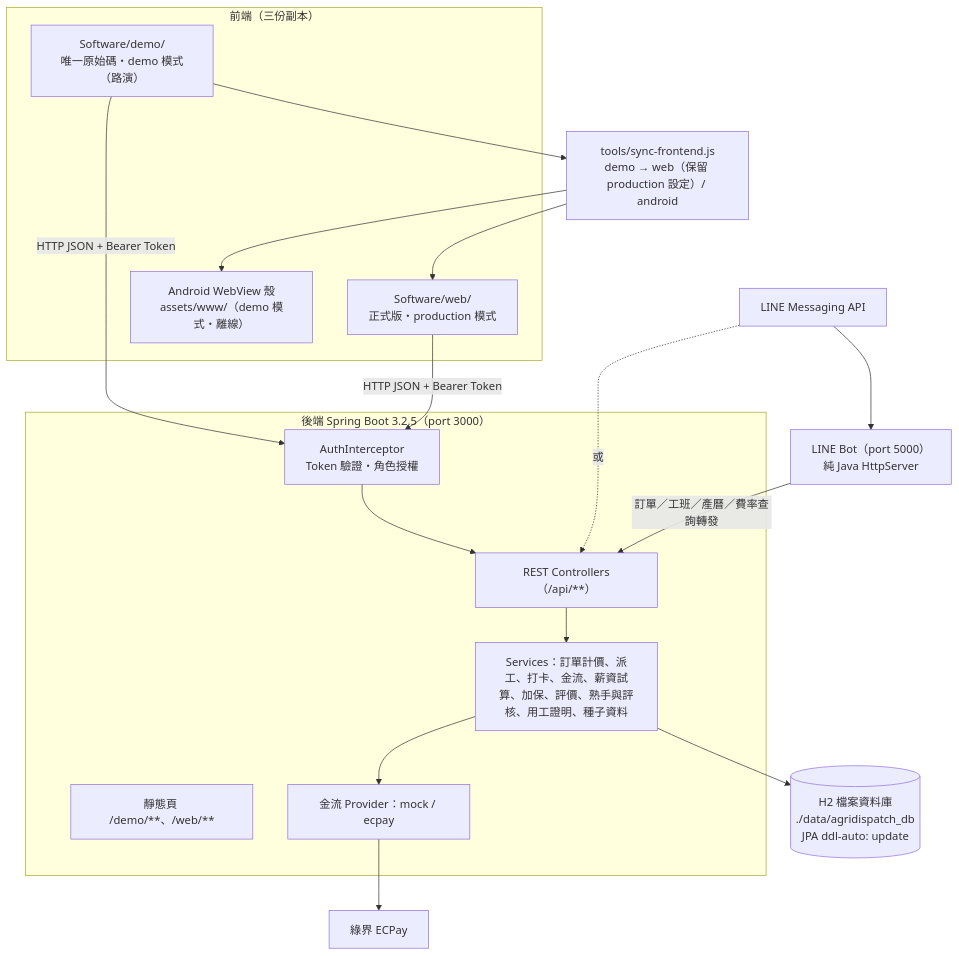
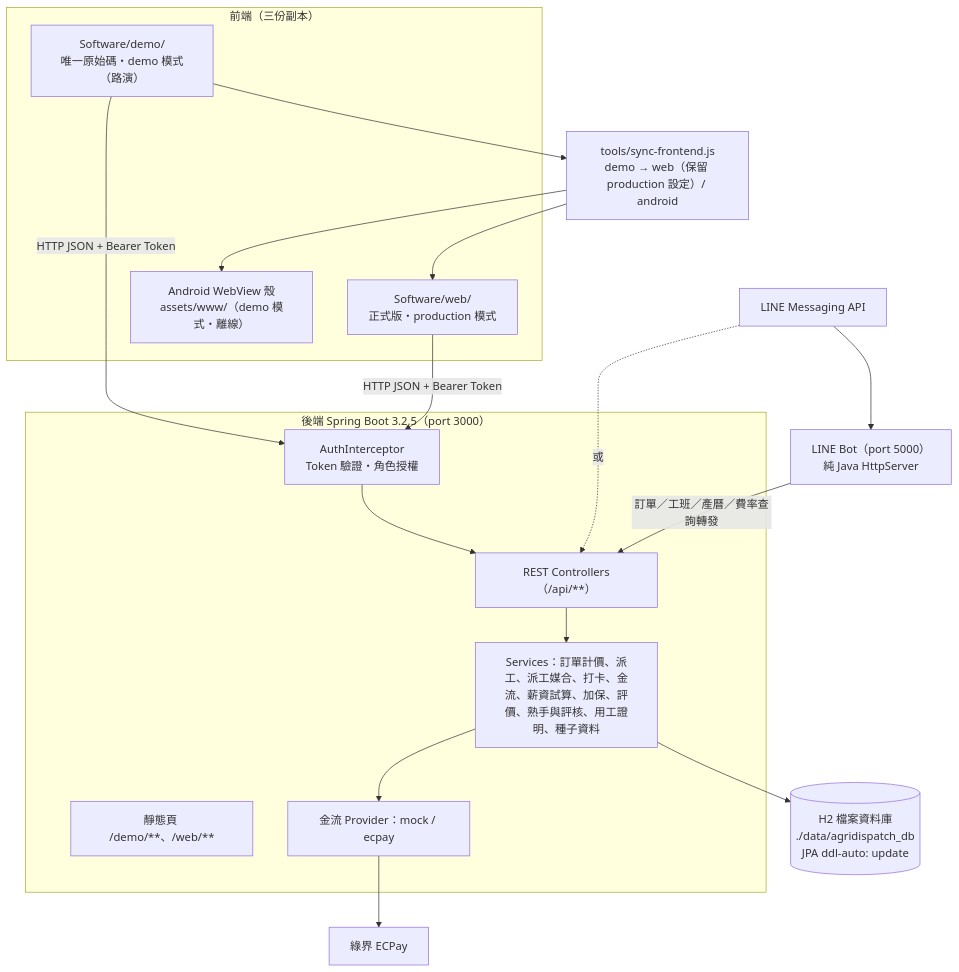
One commit to xx8888x/agridispatch changed the fifth of 5 diagrams in 07_系統分析及文件/01_系統分析與架構設計規格書.md. Above: the diagram before and after it, drawn with Mermaid. The commit also changed other lines of this file and 3 other files, not shown here.

First line of the commit message:
Docs: 補入派工依標籤媒合（規格書／ERD v3.3.0），Oracle 腳本再次實測通過

````diff
--- a/07_系統分析及文件/01_系統分析與架構設計規格書.md
+++ b/07_系統分析及文件/01_系統分析與架構設計規格書.md
@@ -216,28 +224,28 @@
 ```mermaid
 flowchart TB
     subgraph Client ["前端（三份副本）"]
         Demo["Software/demo/<br/>唯一原始碼・demo 模式（路演）"]
         Web["Software/web/<br/>正式版・production 模式"]
         Apk["Android WebView 殼<br/>assets/www/（demo 模式・離線）"]
     end
     Sync["tools/sync-frontend.js<br/>demo → web（保留 production 設定）/ android"]
     Demo --> Sync --> Web & Apk
 
     subgraph Backend ["後端 Spring Boot 3.2.5（port 3000）"]
         Static["靜態頁 /demo/**、/web/**"]
         Interceptor["AuthInterceptor<br/>Token 驗證・角色授權"]
         Controllers["REST Controllers（/api/**）"]
-        Services["Services：訂單計價、派工、打卡、金流、薪資試算、加保、評價、熟手與評核、用工證明、種子資料"]
+        Services["Services：訂單計價、派工、派工媒合、打卡、金流、薪資試算、加保、評價、熟手與評核、用工證明、種子資料"]
         Payment["金流 Provider：mock / ecpay"]
     end
     DB[("H2 檔案資料庫<br/>./data/agridispatch_db<br/>JPA ddl-auto: update")]
     LineBot["LINE Bot（port 5000）<br/>純 Java HttpServer"]
     LINE["LINE Messaging API"]
     ECPay["綠界 ECPay"]
 
     Web & Demo -->|HTTP JSON + Bearer Token| Interceptor --> Controllers --> Services --> DB
     Services --> Payment --> ECPay
     LINE --> LineBot
     LineBot -->|訂單／工班／產曆／費率查詢轉發| Controllers
     LINE -.->|或| Controllers
 ```
````
